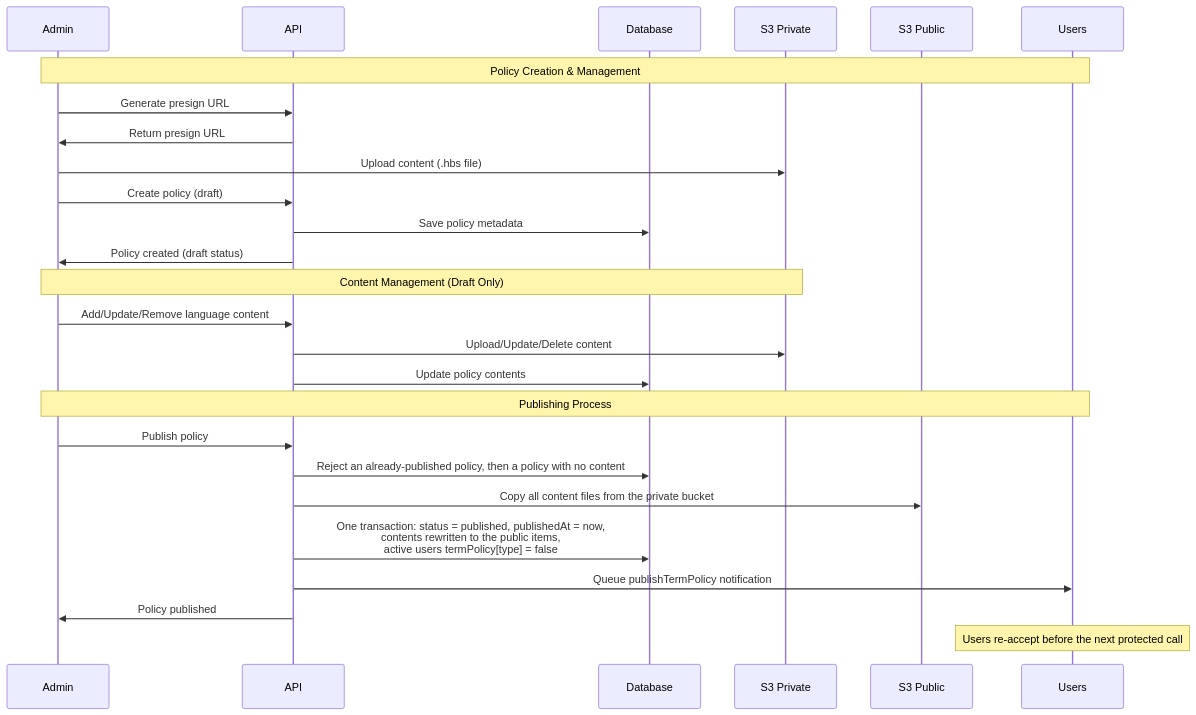
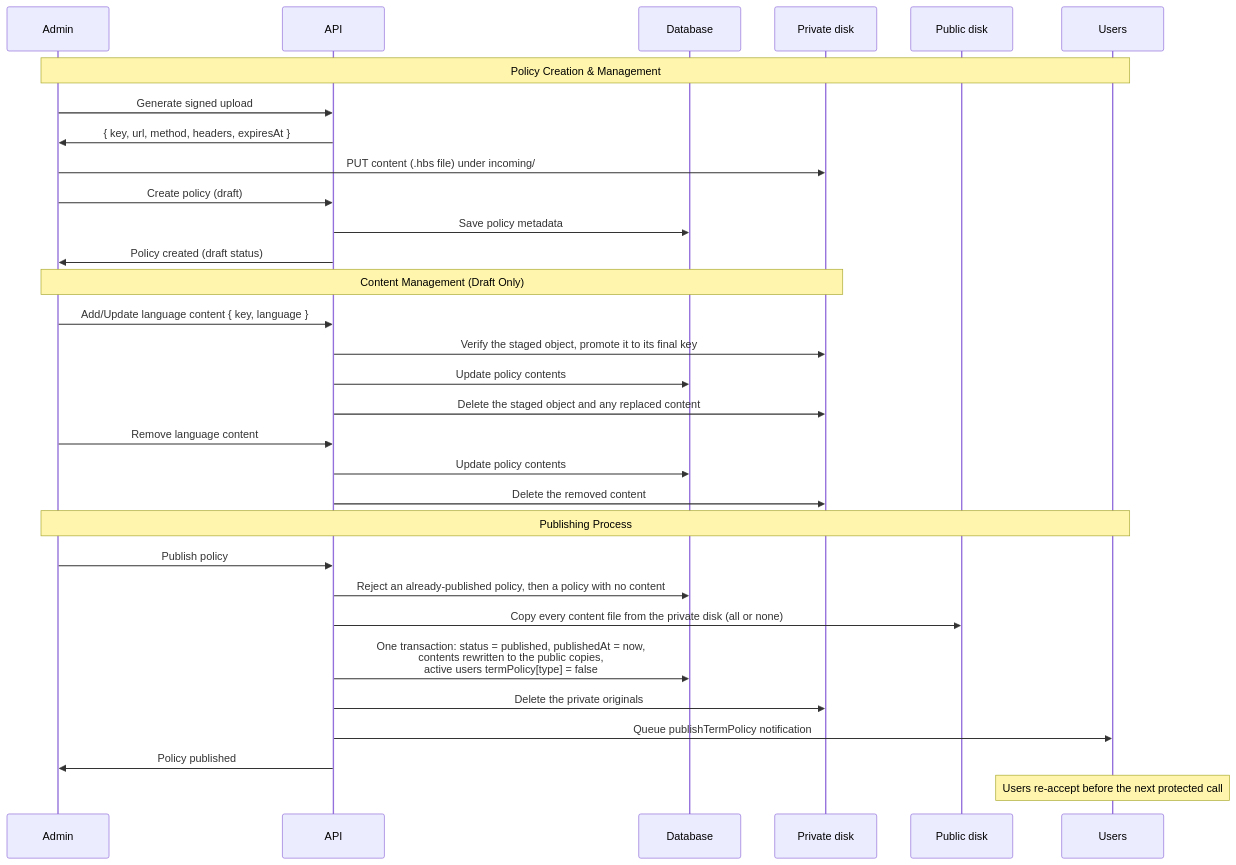
The first of 3 diagrams in docs/term-policy.md (Gzerox/ack-nestjs-boilerplate), drawn with Mermaid before and after one commit. The commit also changed other lines of this file and 12 other files, not shown here.

````diff
--- a/docs/term-policy.md
+++ b/docs/term-policy.md
@@ -89,36 +89,41 @@
 ```mermaid
 sequenceDiagram
     participant Admin
     participant API
     participant Database
-    participant S3 Private
-    participant S3 Public
+    participant Private as Private disk
+    participant Public as Public disk
     participant Users
 
     Note over Admin,Users: Policy Creation & Management
     
-    Admin->>API: Generate presign URL
-    API->>Admin: Return presign URL
-    Admin->>S3 Private: Upload content (.hbs file)
+    Admin->>API: Generate signed upload
+    API->>Admin: { key, url, method, headers, expiresAt }
+    Admin->>Private: PUT content (.hbs file) under incoming/
     
     Admin->>API: Create policy (draft)
     API->>Database: Save policy metadata
     API->>Admin: Policy created (draft status)
     
-    Note over Admin,S3 Private: Content Management (Draft Only)
+    Note over Admin,Private: Content Management (Draft Only)
     
-    Admin->>API: Add/Update/Remove language content
-    API->>S3 Private: Upload/Update/Delete content
+    Admin->>API: Add/Update language content { key, language }
+    API->>Private: Verify the staged object, promote it to its final key
     API->>Database: Update policy contents
+    API->>Private: Delete the staged object and any replaced content
+    Admin->>API: Remove language content
+    API->>Database: Update policy contents
+    API->>Private: Delete the removed content
     
     Note over Admin,Users: Publishing Process
     
     Admin->>API: Publish policy
     API->>Database: Reject an already-published policy, then a policy with no content
-    API->>S3 Public: Copy all content files from the private bucket
-    API->>Database: One transaction: status = published, publishedAt = now,<br/>contents rewritten to the public items,<br/>active users termPolicy[type] = false
+    API->>Public: Copy every content file from the private disk (all or none)
+    API->>Database: One transaction: status = published, publishedAt = now,<br/>contents rewritten to the public copies,<br/>active users termPolicy[type] = false
+    API->>Private: Delete the private originals
     API->>Users: Queue publishTermPolicy notification
     API->>Admin: Policy published
     
     Note over Users: Users re-accept before the next protected call
 ```
````
